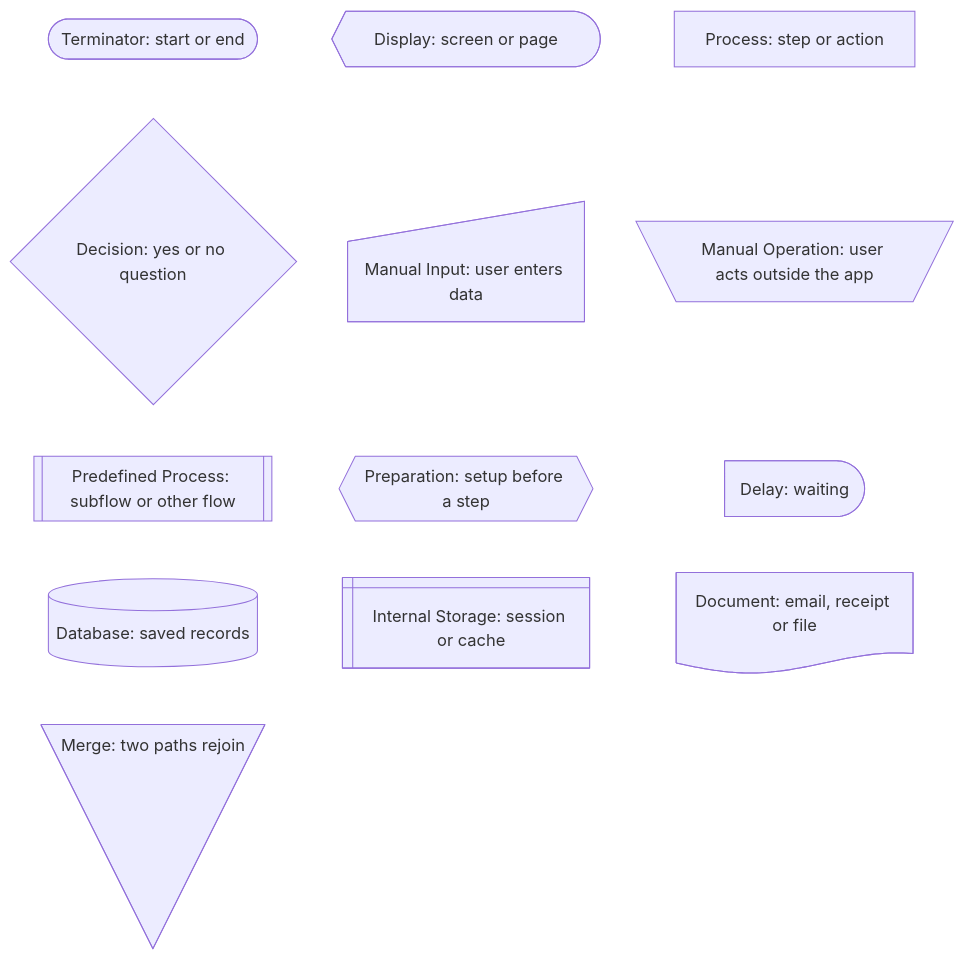
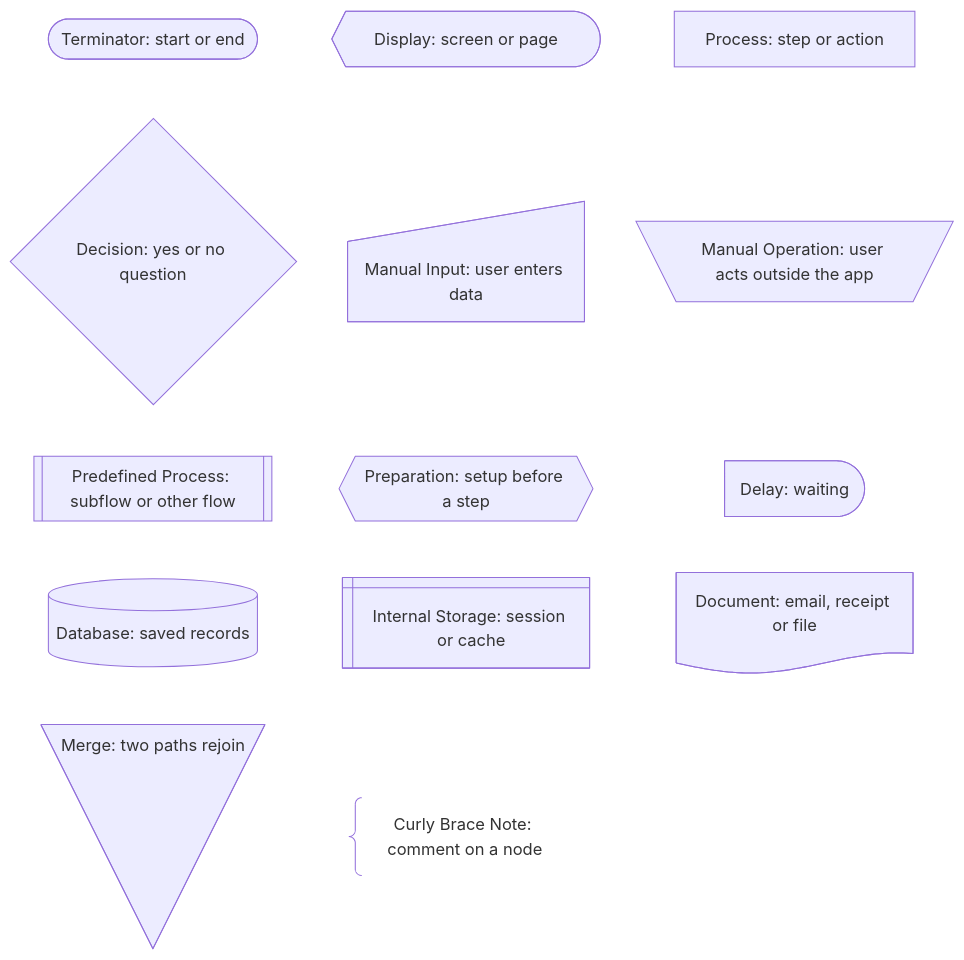
One commit to yoursharif/mermaid-userflow-diagram changed the first of 7 diagrams in references/flows.md. Above: the diagram before and after it, drawn with Mermaid. The commit also changed other lines of this file and 1 other file, not shown here.

First line of the commit message:
Add a note example to diagrams and flows

````diff
--- a/references/flows.md
+++ b/references/flows.md
@@ -26,27 +26,29 @@
 ```mermaid
 flowchart TD
   lgTerminator@{ shape: stadium, label: "Terminator: start or end" }
   lgDisplay@{ shape: curv-trap, label: "Display: screen or page" }
   lgProcess@{ shape: rect, label: "Process: step or action" }
   lgDecision@{ shape: diam, label: "Decision: yes or no question" }
   lgManualInput@{ shape: sl-rect, label: "Manual Input: user enters data" }
   lgManualOperation@{ shape: trap-t, label: "Manual Operation: user acts outside the app" }
   lgPredefinedProcess@{ shape: fr-rect, label: "Predefined Process: subflow or other flow" }
   lgPreparation@{ shape: hex, label: "Preparation: setup before a step" }
   lgDelay@{ shape: delay, label: "Delay: waiting" }
   lgDatabase@{ shape: cyl, label: "Database: saved records" }
   lgInternalStorage@{ shape: win-pane, label: "Internal Storage: session or cache" }
   lgDocument@{ shape: doc, label: "Document: email, receipt or file" }
   lgMerge@{ shape: flip-tri, label: "Merge: two paths rejoin" }
+  lgCurlyBraceNote@{ shape: brace, label: "Curly Brace Note: comment on a node" }
 
   lgTerminator ~~~ lgDecision
   lgDisplay ~~~ lgManualInput
   lgProcess ~~~ lgManualOperation
   lgDecision ~~~ lgPredefinedProcess
   lgManualInput ~~~ lgPreparation
   lgManualOperation ~~~ lgDelay
   lgPredefinedProcess ~~~ lgDatabase
   lgPreparation ~~~ lgInternalStorage
   lgDelay ~~~ lgDocument
   lgDatabase ~~~ lgMerge
+  lgInternalStorage ~~~ lgCurlyBraceNote
 ```
````
